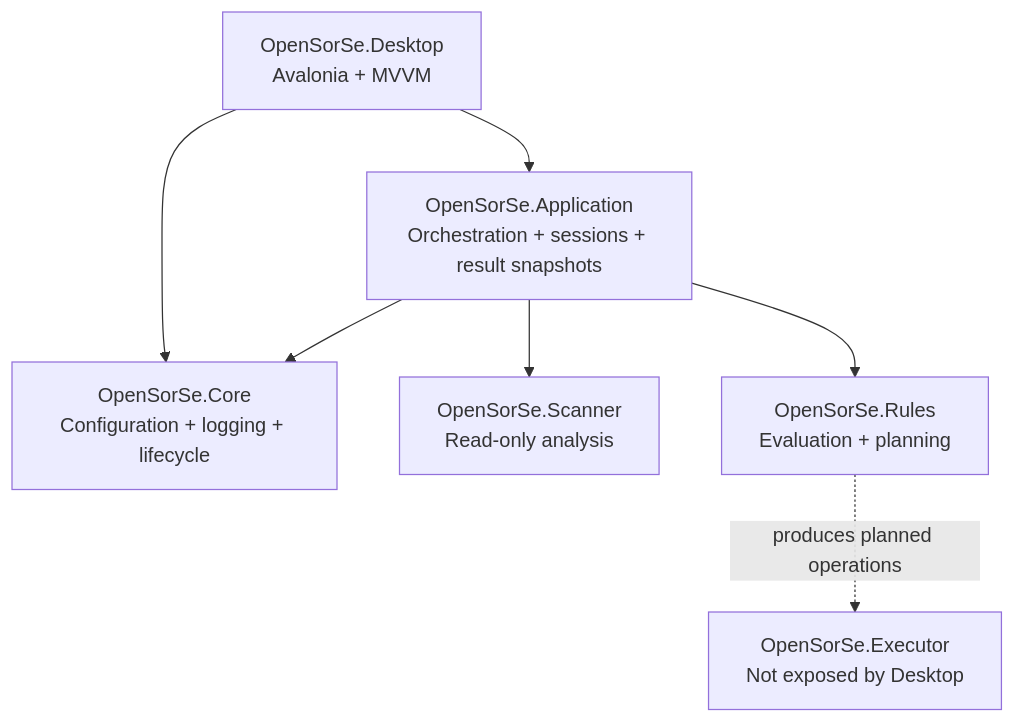
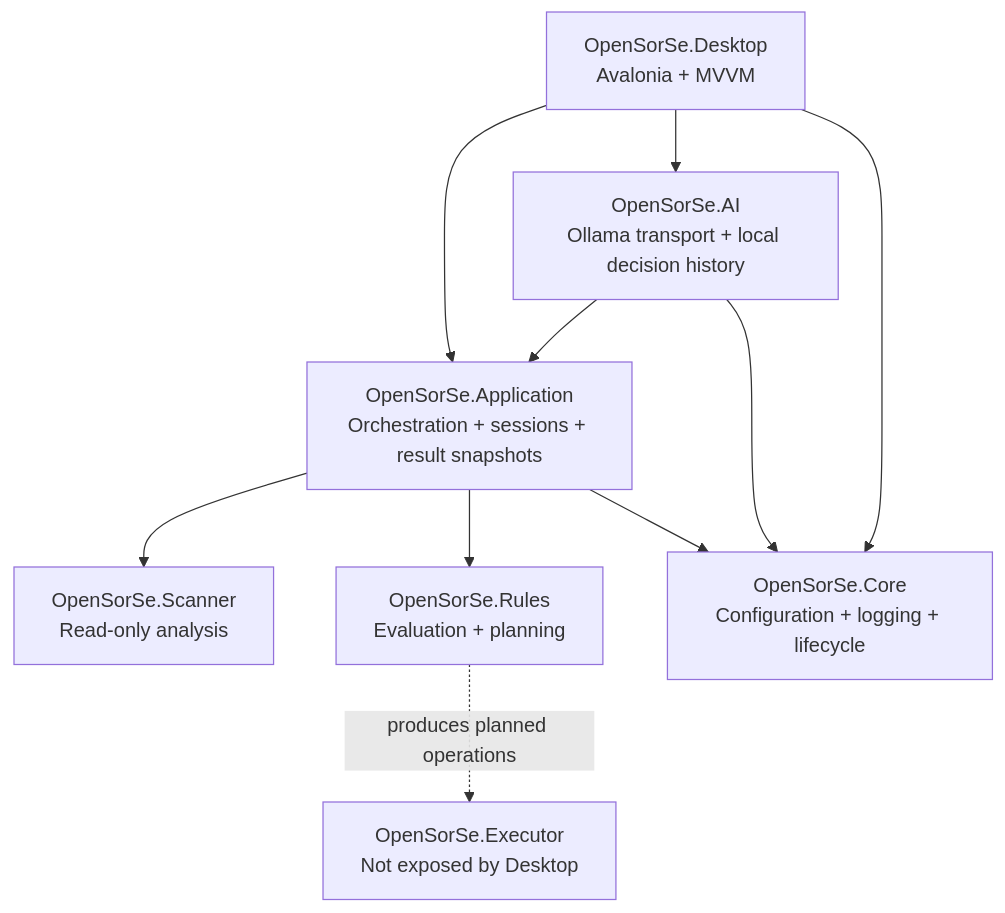
The diagram in docs/Architecture/00_System/03_Component_Map.md (nishdel/OpenSorSe), drawn with Mermaid before and after one commit. The commit also changed other lines of this file and 52 other files, not shown here.

````diff
--- a/docs/Architecture/00_System/03_Component_Map.md
+++ b/docs/Architecture/00_System/03_Component_Map.md
@@ -9,16 +9,20 @@
 ```mermaid
 flowchart TB
     Desktop["OpenSorSe.Desktop\nAvalonia + MVVM"]
     Application["OpenSorSe.Application\nOrchestration + sessions + result snapshots"]
+    AI["OpenSorSe.AI\nOllama transport + local decision history"]
     Core["OpenSorSe.Core\nConfiguration + logging + lifecycle"]
     Scanner["OpenSorSe.Scanner\nRead-only analysis"]
     Rules["OpenSorSe.Rules\nEvaluation + planning"]
     Executor["OpenSorSe.Executor\nNot exposed by Desktop"]
 
     Desktop --> Application
+    Desktop --> AI
     Desktop --> Core
     Application --> Scanner
     Application --> Rules
     Application --> Core
+    AI --> Application
+    AI --> Core
     Rules -. produces planned operations .-> Executor
 ```
````
